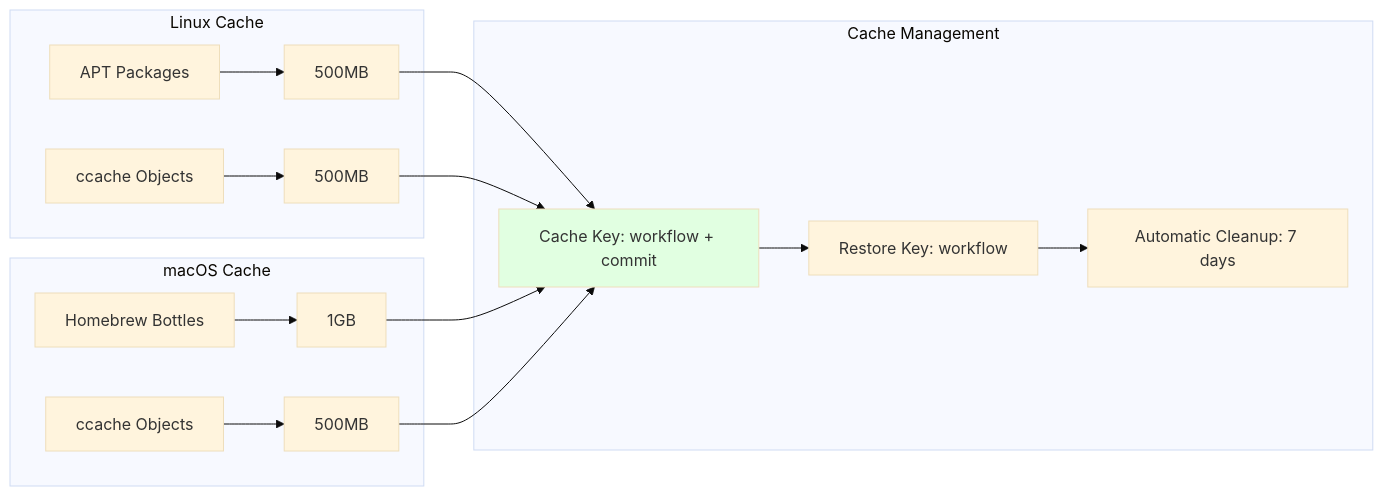
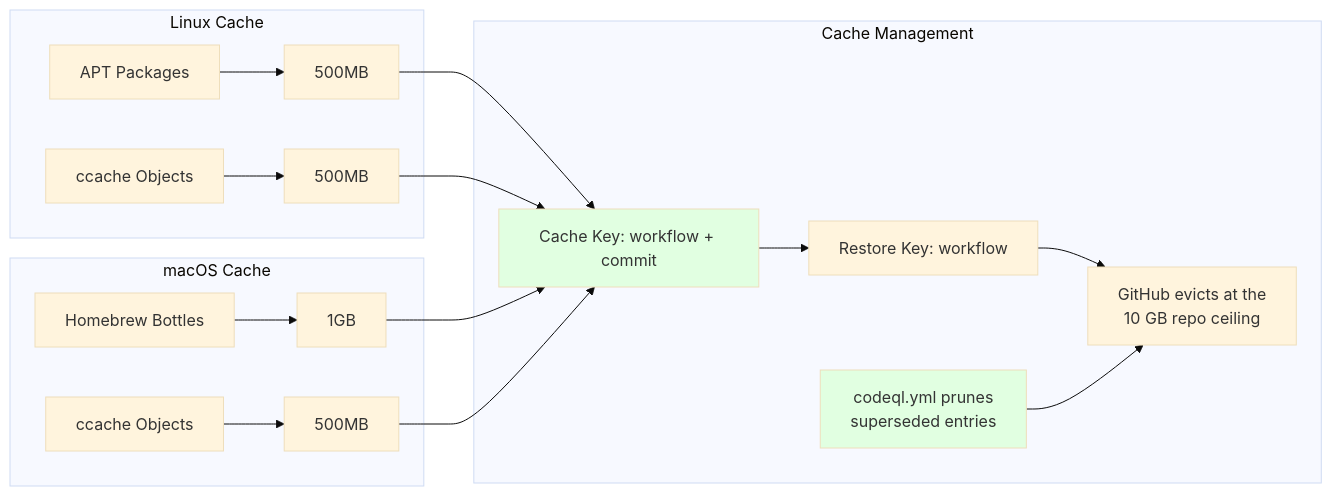
Before and after one commit to objeck/objeck-lang: diagram 16 of 24 in docs/architecture.md, drawn with Mermaid (base theme). The commit also changed other lines of this file, not shown here.

First line of the commit message:
docs(architecture): correct the GC section, the cache strategy and the version

````diff
--- a/docs/architecture.md
+++ b/docs/architecture.md
@@ -834,23 +834,26 @@
 ```mermaid
 graph LR
     subgraph "Linux Cache"
         A1[APT Packages] --> B1[500MB]
         A2[ccache Objects] --> B2[500MB]
     end
 
     subgraph "macOS Cache"
         C1[Homebrew Bottles] --> D1[1GB]
         C2[ccache Objects] --> D2[500MB]
     end
 
     subgraph "Cache Management"
         E[Cache Key: workflow + commit]
         F[Restore Key: workflow]
-        G[Automatic Cleanup: 7 days]
+        G["GitHub evicts at the<br/>10 GB repo ceiling"]
+        H["codeql.yml prunes<br/>superseded entries"]
     end
 
     B1 & B2 & D1 & D2 --> E
     E --> F --> G
+    H --> G
 
     style E fill:#e1ffe1
+    style H fill:#e1ffe1
 ```
````
